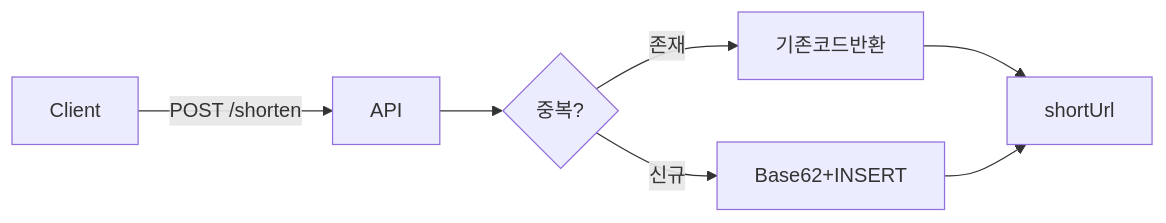
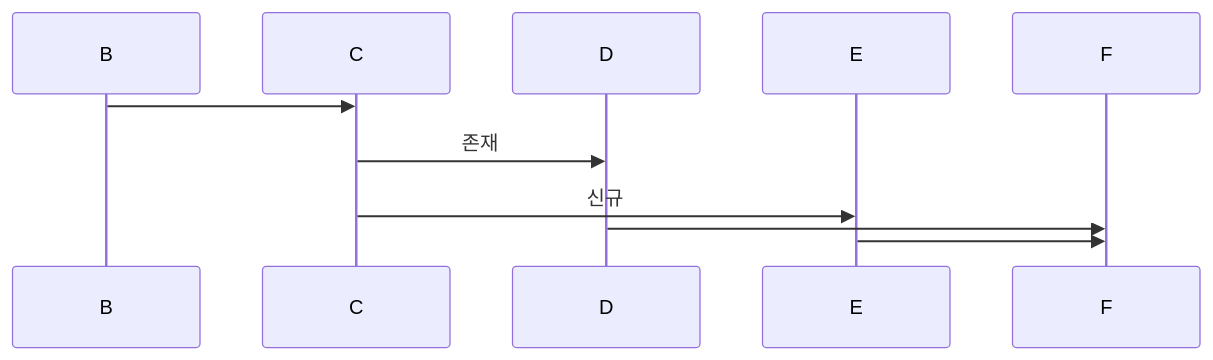
One commit to yjkim2015/yjkim2015.github.io changed the third of 8 diagrams in _posts/systemdesign/2026-05-02-system-design-url-shortener.md. Above: the diagram before and after it, drawn with Mermaid. The commit also changed 89 other files, not shown here.

First line of the commit message:
복잡한 flowchart 163개 → sequenceDiagram 변환 (90파일)

````diff
--- a/_posts/systemdesign/2026-05-02-system-design-url-shortener.md
+++ b/_posts/systemdesign/2026-05-02-system-design-url-shortener.md
@@ -178,8 +178,8 @@
 ```mermaid
-graph LR
-    A[Client] -->|POST /shorten| B[API]
-    B --> C{중복?}
-    C -->|존재| D[기존코드반환]
-    C -->|신규| E[Base62+INSERT]
-    D & E --> F[shortUrl]
+sequenceDiagram
+    B->>C: 
+    C->>D: 존재
+    C->>E: 신규
+    D->>F: 
+    E->>F: 
 ```
````
